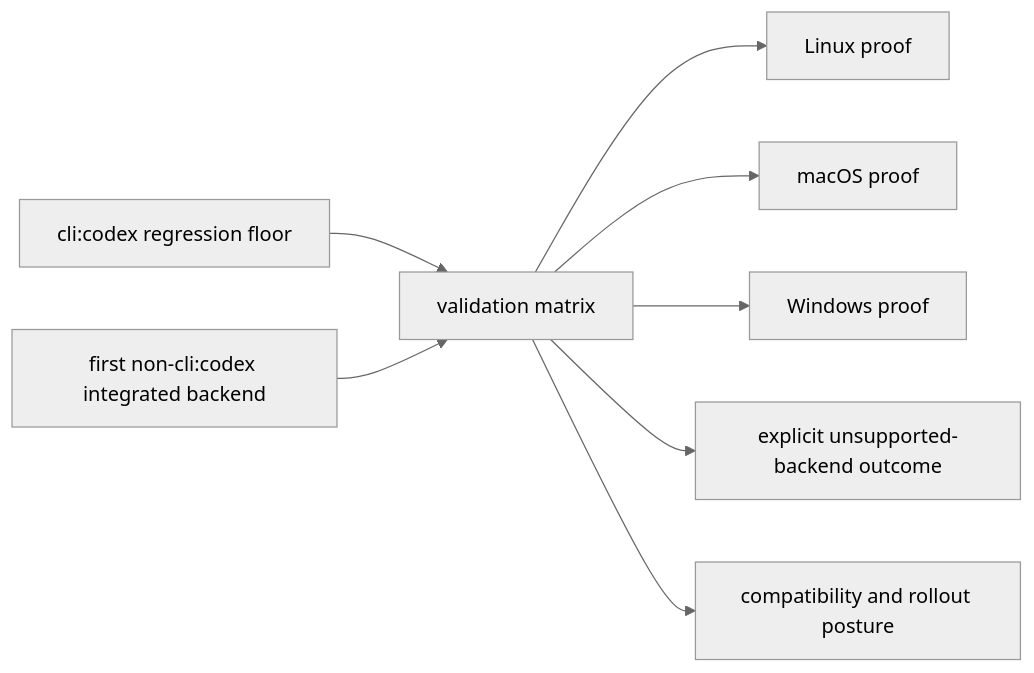
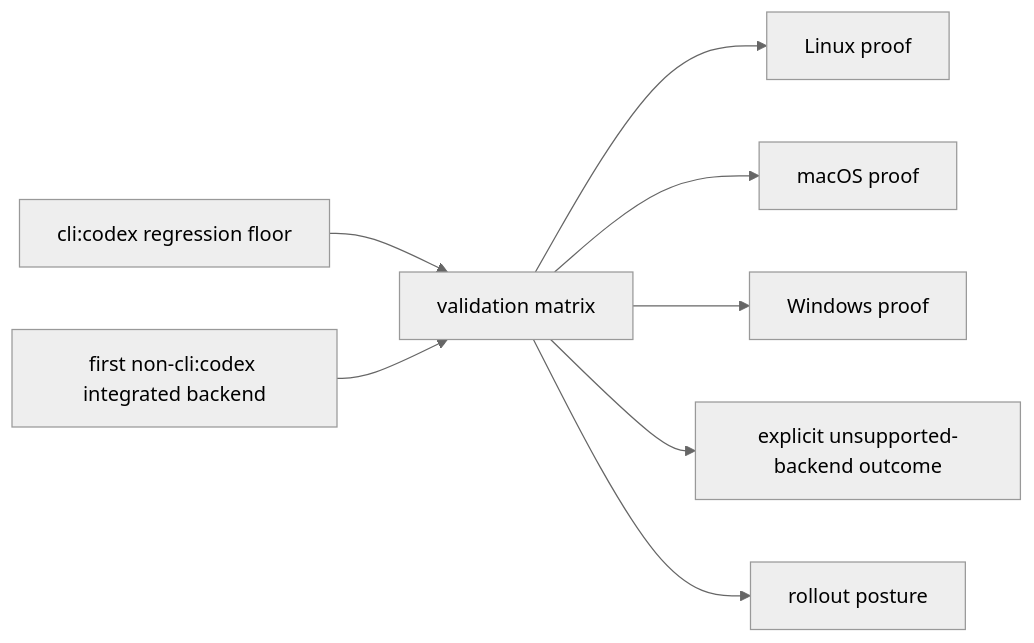
The third of 3 diagrams in docs/project_management/packs/draft/gateway-backend-selection-runtime-integration-fse/review_surfaces.md (atomize-hq/substrate), drawn with Mermaid (neutral theme) before and after one commit. The commit also changed other lines of this file and 107 other files, not shown here.

````diff
--- a/docs/project_management/packs/draft/gateway-backend-selection-runtime-integration-fse/review_surfaces.md
+++ b/docs/project_management/packs/draft/gateway-backend-selection-runtime-integration-fse/review_surfaces.md
@@ -37,10 +53,10 @@
 ```mermaid
 flowchart LR
   BASE["cli:codex regression floor"] --> MATRIX["validation matrix"]
   ADD["first non-cli:codex integrated backend"] --> MATRIX
   MATRIX --> LNX["Linux proof"]
   MATRIX --> MAC["macOS proof"]
   MATRIX --> WIN["Windows proof"]
   MATRIX --> UNSUP["explicit unsupported-backend outcome"]
-  MATRIX --> ROLL["compatibility and rollout posture"]
+  MATRIX --> ROLL["rollout posture"]
 ```
````
